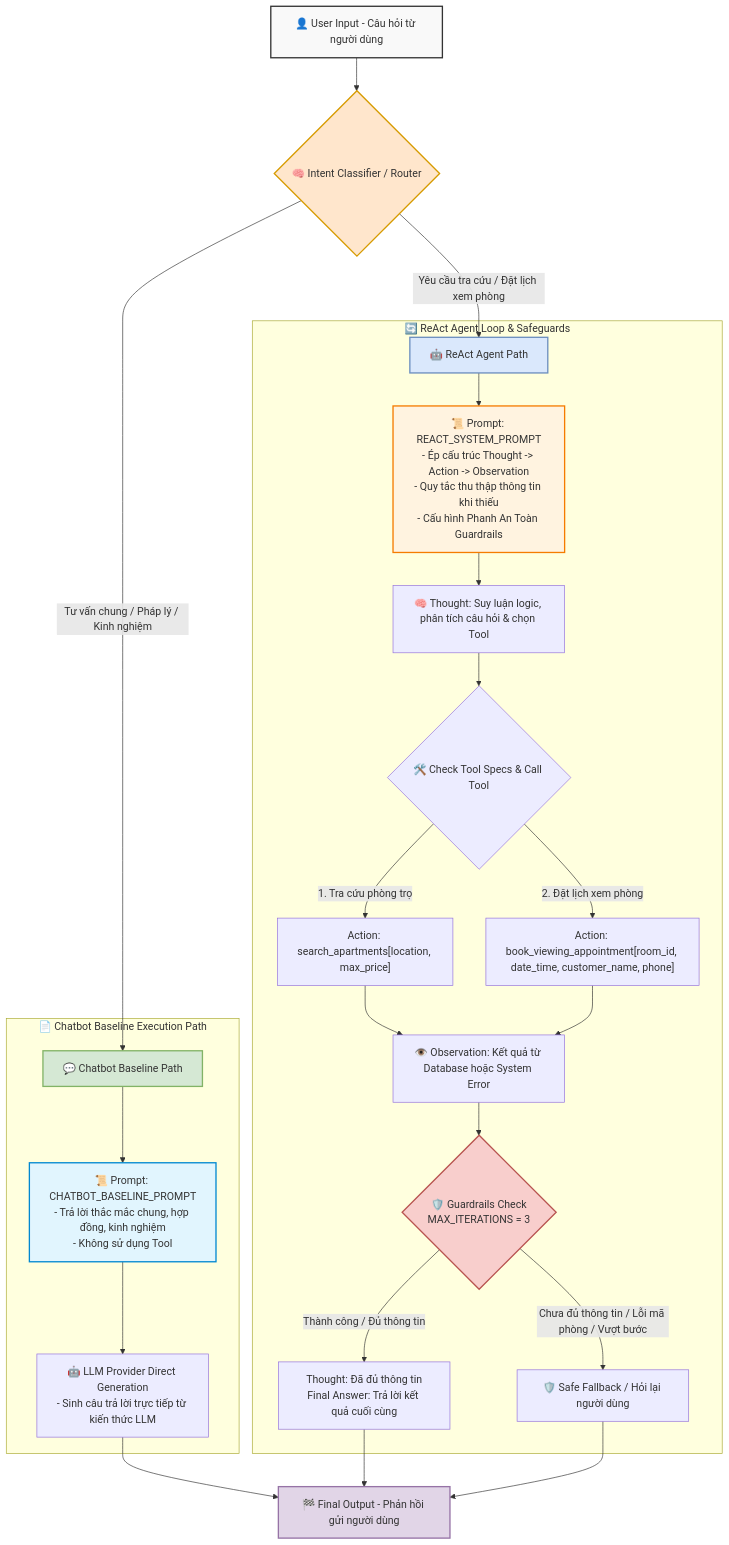
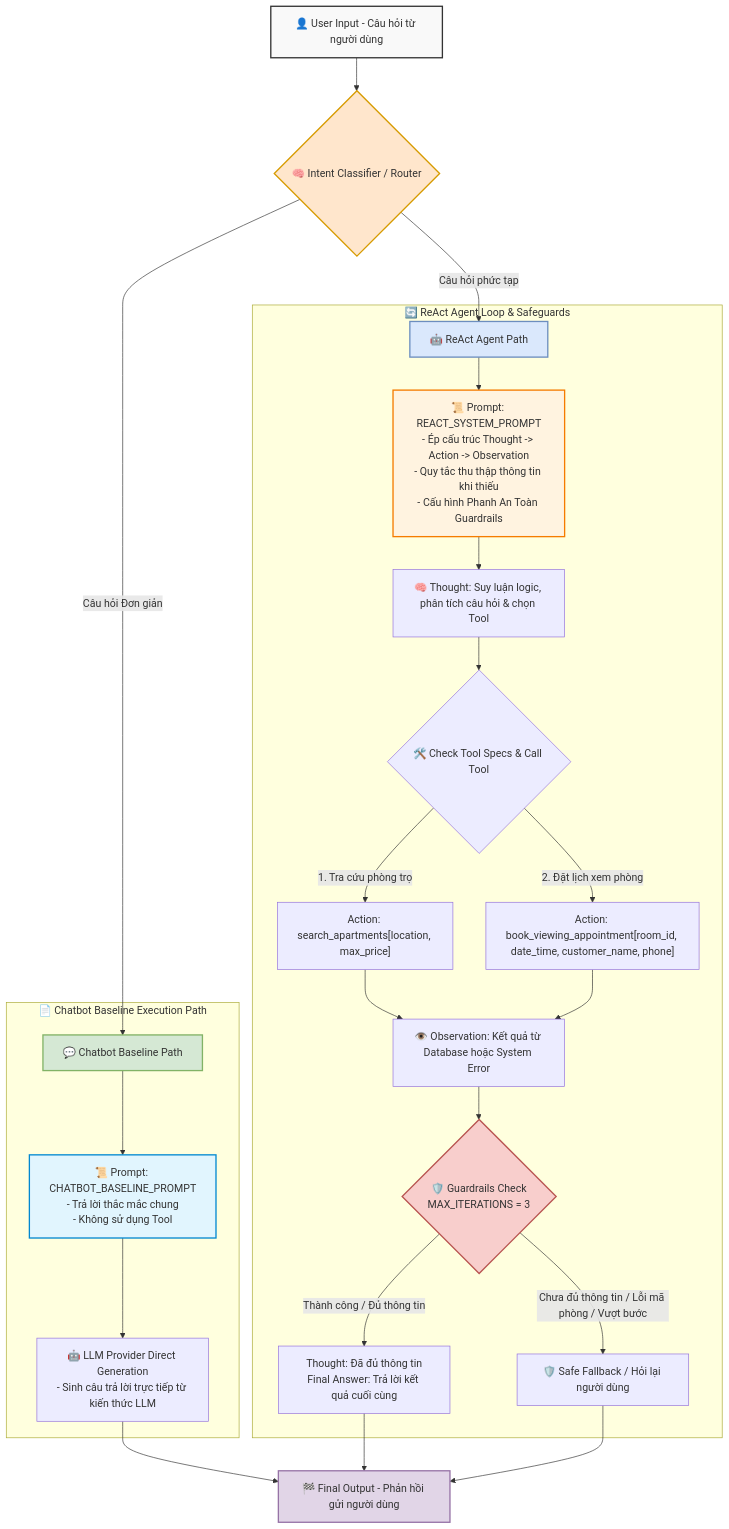
Before and after one commit to TranDuyKhanh20215213/K4-Day03-A1-1-E403: the diagram in docs/hybrid_flowchart.mermaid, drawn with Mermaid.

Commit message:
MỐC 4
MỐC 4

```diff
--- a/docs/hybrid_flowchart.mermaid
+++ b/docs/hybrid_flowchart.mermaid
@@ -1,47 +1,47 @@
 flowchart TD
     %% 🌟 SƠ ĐỒ HYBRID FLOWCHART ARCHITECTURE (ĐỀ TÀI 10: TRỢ LÝ TÌM & ĐẶT LỊCH XEM NHÀ TRỌ)
     
     A["👤 User Input - Câu hỏi từ người dùng"] --> B{"🧠 Intent Classifier / Router"}
 
     %% 🟢 ROUTE 1: SIMPLE CHATBOT PATH WITH CHATBOT_BASELINE_PROMPT
-    B -- "Tư vấn chung / Pháp lý / Kinh nghiệm" --> C["💬 Chatbot Baseline Path"]
+    B -- "Câu hỏi Đơn giản" --> C["💬 Chatbot Baseline Path"]
     
     subgraph ChatbotPath ["📄 Chatbot Baseline Execution Path"]
-        C --> C1["📜 Prompt: CHATBOT_BASELINE_PROMPT<br/>- Trả lời thắc mắc chung, hợp đồng, kinh nghiệm<br/>- Không sử dụng Tool"]
+        C --> C1["📜 Prompt: CHATBOT_BASELINE_PROMPT<br/>- Trả lời thắc mắc chung<br/>- Không sử dụng Tool"]
         C1 --> C2["🤖 LLM Provider Direct Generation<br/>- Sinh câu trả lời trực tiếp từ kiến thức LLM"]
     end
     
     C2 --> Z["🏁 Final Output - Phản hồi gửi người dùng"]
 
     %% 🟡 ROUTE 2: REACT AGENT PATH WITH REACT_SYSTEM_PROMPT
-    B -- "Yêu cầu tra cứu / Đặt lịch xem phòng" --> D["🤖 ReAct Agent Path"]
+    B -- "Câu hỏi phức tạp" --> D["🤖 ReAct Agent Path"]
     
     subgraph ReActPath ["🔄 ReAct Agent Loop & Safeguards"]
         D --> D1["📜 Prompt: REACT_SYSTEM_PROMPT<br/>- Ép cấu trúc Thought -> Action -> Observation<br/>- Quy tắc thu thập thông tin khi thiếu<br/>- Cấu hình Phanh An Toàn Guardrails"]
         D1 --> E["🧠 Thought: Suy luận logic, phân tích câu hỏi & chọn Tool"]
         E --> F{"🛠️ Check Tool Specs & Call Tool"}
         
         F -- "1. Tra cứu phòng trọ" --> G["Action: search_apartments[location, max_price]"]
         F -- "2. Đặt lịch xem phòng" --> H["Action: book_viewing_appointment[room_id, date_time, customer_name, phone]"]
         
         G --> I["👁️ Observation: Kết quả từ Database hoặc System Error"]
         H --> I
         
         I --> J{"🛡️ Guardrails Check<br/>MAX_ITERATIONS = 3"}
         
         J -- "Thành công / Đủ thông tin" --> K["Thought: Đã đủ thông tin<br/>Final Answer: Trả lời kết quả cuối cùng"]
         J -- "Chưa đủ thông tin / Lỗi mã phòng / Vượt bước" --> L["🛡️ Safe Fallback / Hỏi lại người dùng"]
     end
 
     K --> Z
     L --> Z
     
     %% Styles
     style A fill:#f9f9f9,stroke:#333,stroke-width:2px
     style B fill:#ffe6cc,stroke:#d79b00,stroke-width:2px
     style C fill:#d5e8d4,stroke:#82b366,stroke-width:2px
     style C1 fill:#e1f5fe,stroke:#0288d1,stroke-width:2px
     style D fill:#dae8fc,stroke:#6c8ebf,stroke-width:2px
     style D1 fill:#fff3e0,stroke:#f57c00,stroke-width:2px
     style J fill:#f8cecc,stroke:#b85450,stroke-width:2px
     style Z fill:#e1d5e7,stroke:#9673a6,stroke-width:2px
```
